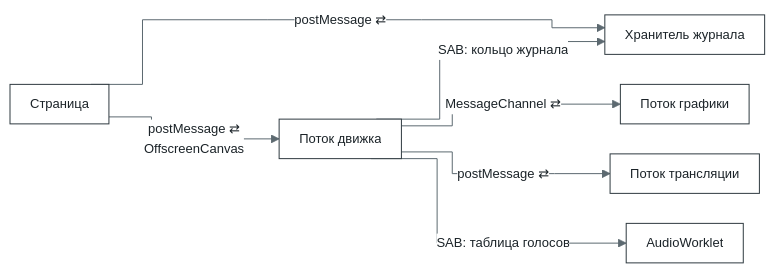
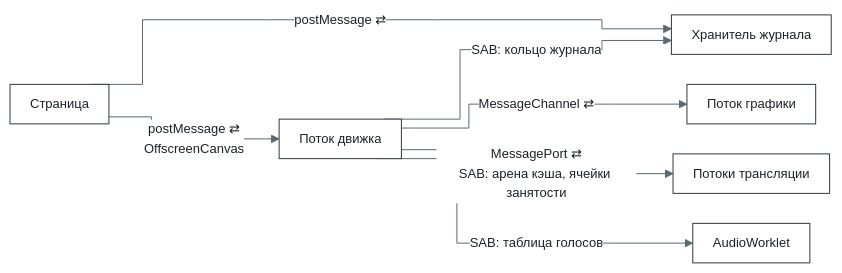
Before and after one commit to bottlify/bottlify: the second of 12 diagrams in docs/architecture.ru.md, drawn with Mermaid. The commit also changed other lines of this file and 13 other files, not shown here.

````diff
--- a/docs/architecture.ru.md
+++ b/docs/architecture.ru.md
@@ -160,10 +162,10 @@
 ```mermaid
 %%{init: {"theme": "base", "flowchart": {"curve": "step", "nodeSpacing": 30, "rankSpacing": 70, "padding": 10}, "themeVariables": {"fontFamily": "Inter, Segoe UI, Helvetica, Arial, sans-serif", "fontSize": "13px", "primaryColor": "#FFFFFF", "primaryBorderColor": "#2F3A40", "primaryTextColor": "#1B2328", "lineColor": "#5C6970", "clusterBkg": "#F3F5F6", "clusterBorder": "#9AA6AC", "edgeLabelBackground": "#FFFFFF"}}}%%
 flowchart LR
   P["Страница"] -->|"postMessage ⇄<br/>OffscreenCanvas"| E["Поток движка"]
   P -->|"postMessage ⇄"| K["Хранитель журнала"]
   E -->|"SAB: кольцо журнала"| K
   E -->|"MessageChannel ⇄"| G["Поток графики"]
-  E -->|"postMessage ⇄"| T["Поток трансляции"]
+  E -->|"MessagePort ⇄<br/>SAB: арена кэша, ячейки занятости"| T["Потоки трансляции"]
   E -->|"SAB: таблица голосов"| A["AudioWorklet"]
 ```
````
